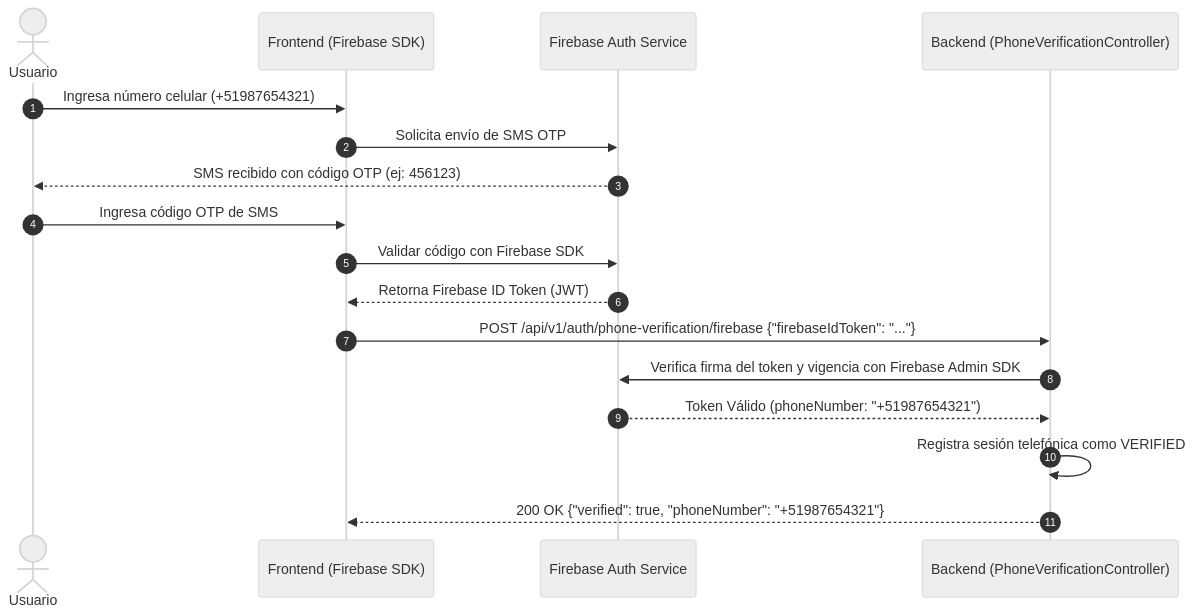
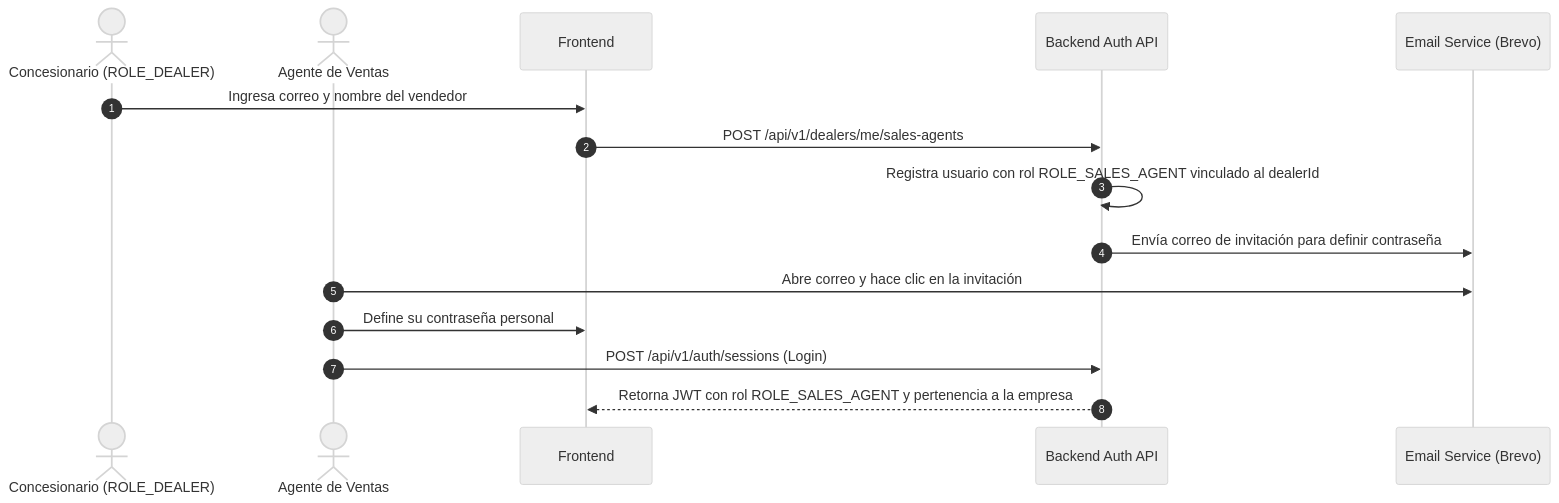
The third of 3 diagrams in docs/authentication-flow.md (tux-squad/smartfinance-drive-platform), drawn with Mermaid (neutral theme) before and after one commit. The commit also changed other lines of this file, not shown here.

Commit message:
docs: restructure authentication flow as step-by-step user journeys

````diff
--- a/docs/authentication-flow.md
+++ b/docs/authentication-flow.md
@@ -203,21 +138,19 @@
 ```mermaid
 sequenceDiagram
     autonumber
-    actor Usuario
-    participant Frontend as Frontend (Firebase SDK)
-    participant Firebase as Firebase Auth Service
-    participant API as Backend (PhoneVerificationController)
+    actor Dealer as Concesionario (ROLE_DEALER)
+    actor Agente as Agente de Ventas
+    participant App as Frontend
+    participant Auth as Backend Auth API
+    participant Email as Email Service (Brevo)
 
-    Usuario->>Frontend: Ingresa número celular (+51987654321)
-    Frontend->>Firebase: Solicita envío de SMS OTP
-    Firebase-->>Usuario: SMS recibido con código OTP (ej: 456123)
-    Usuario->>Frontend: Ingresa código OTP de SMS
-    Frontend->>Firebase: Validar código con Firebase SDK
-    Firebase-->>Frontend: Retorna Firebase ID Token (JWT)
+    Dealer->>App: Ingresa correo y nombre del vendedor
+    App->>Auth: POST /api/v1/dealers/me/sales-agents
+    Auth->>Auth: Registra usuario con rol ROLE_SALES_AGENT vinculado al dealerId
+    Auth->>Email: Envía correo de invitación para definir contraseña
     
-    Frontend->>API: POST /api/v1/auth/phone-verification/firebase {"firebaseIdToken": "..."}
-    API->>Firebase: Verifica firma del token y vigencia con Firebase Admin SDK
-    Firebase-->>API: Token Válido (phoneNumber: "+51987654321")
-    API->>API: Registra sesión telefónica como VERIFIED
-    API-->>Frontend: 200 OK {"verified": true, "phoneNumber": "+51987654321"}
+    Agente->>Email: Abre correo y hace clic en la invitación
+    Agente->>App: Define su contraseña personal
+    Agente->>Auth: POST /api/v1/auth/sessions (Login)
+    Auth-->>App: Retorna JWT con rol ROLE_SALES_AGENT y pertenencia a la empresa
 ```
````
